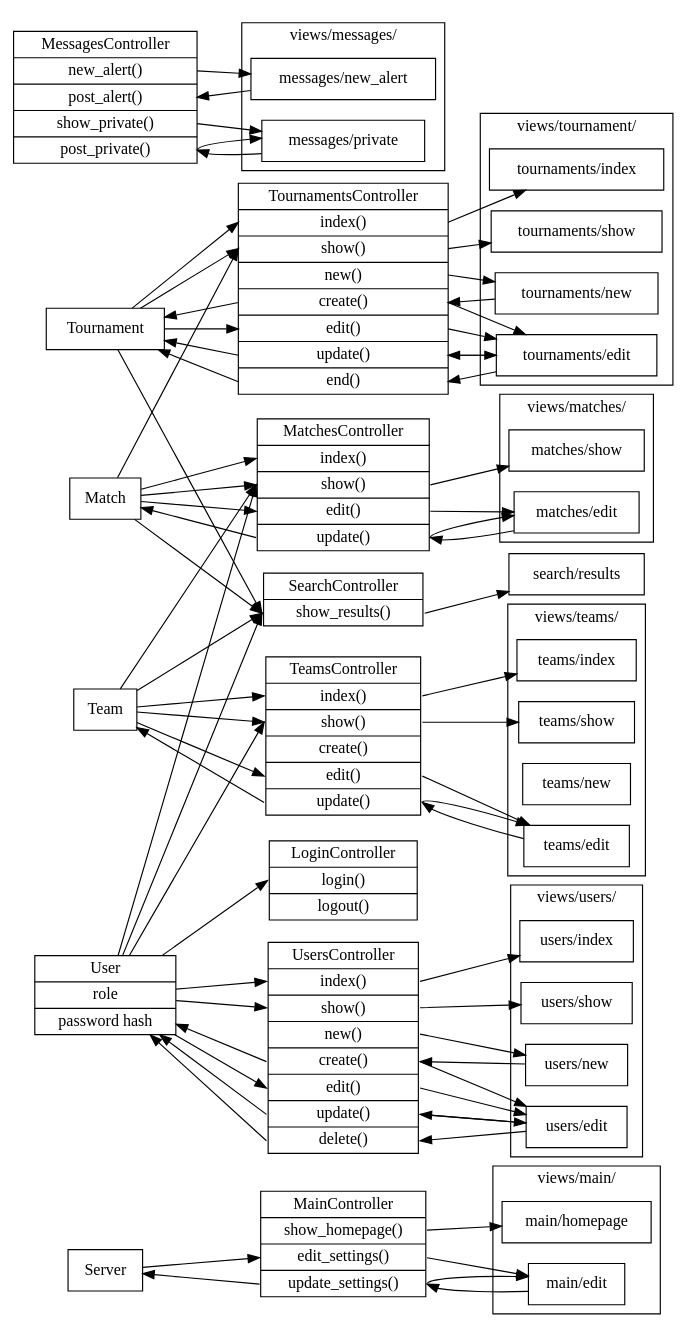
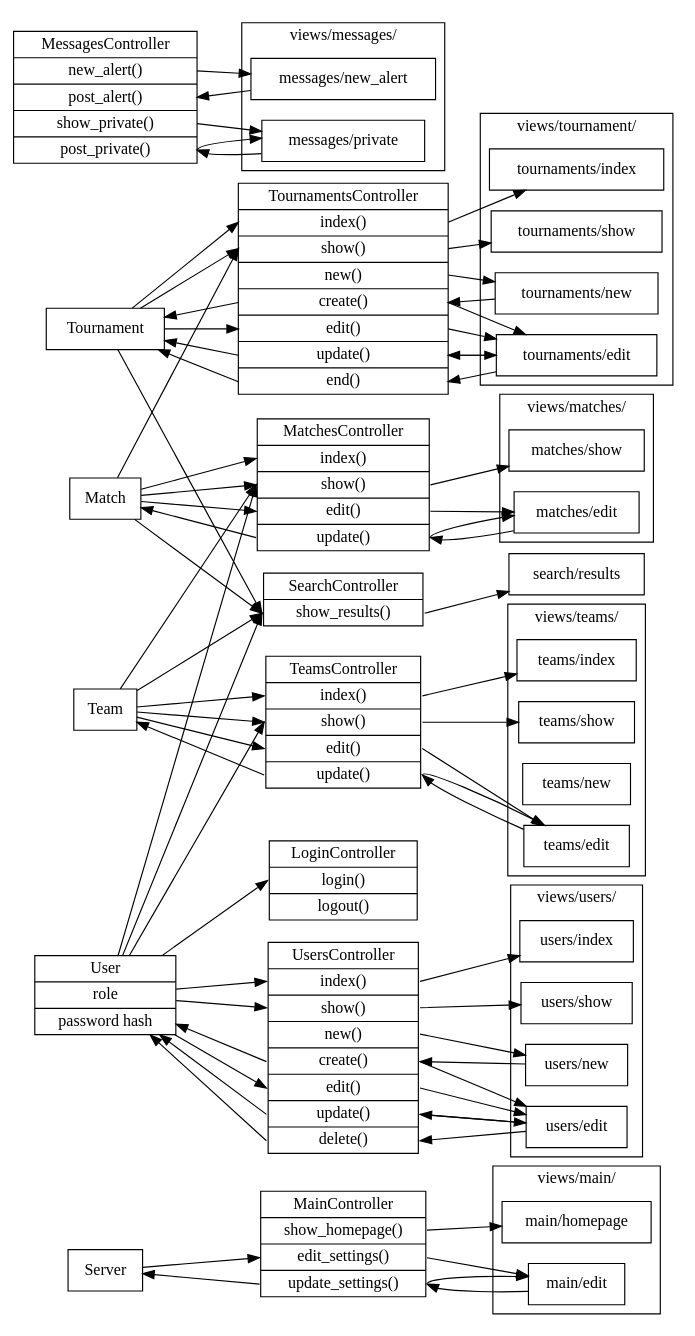
Before and after one commit to LukeShu/leaguer: the diagram in docs/DesignDocument-classes.dot, drawn with Graphviz.

Commit message:
UML: remove TeamsController:create

```diff
--- a/docs/DesignDocument-classes.dot
+++ b/docs/DesignDocument-classes.dot
@@ -78,7 +78,7 @@
 		MessagesController[label="<main> MessagesController | <new_alert> new_alert() | <post_alert> post_alert() | <show_private> show_private() | <post_private> post_private()"];
 		TournamentsController[label="<main> TournamentsController | <index> index() | <show> show() | <new> new() | <create> create() | <edit> edit() | <update> update() | <end> end()"];
 		MatchesController[label="<main> MatchesController | <index> index() | <show> show() | <edit> edit() | <update> update()"];
-		TeamsController[label="<main> TeamsController | <index> index() | <show> show() | <create> create() | <edit> edit() | <update> update()"]
+		TeamsController[label="<main> TeamsController | <index> index() | <show> show() | <edit> edit() | <update> update()"]
 		UsersController[label="<main> UsersController | <index> index() | <show> show() | <new> new() | <create> create() | <edit> edit() | <update> update() | <delete> delete()"]
 	}
 
```
